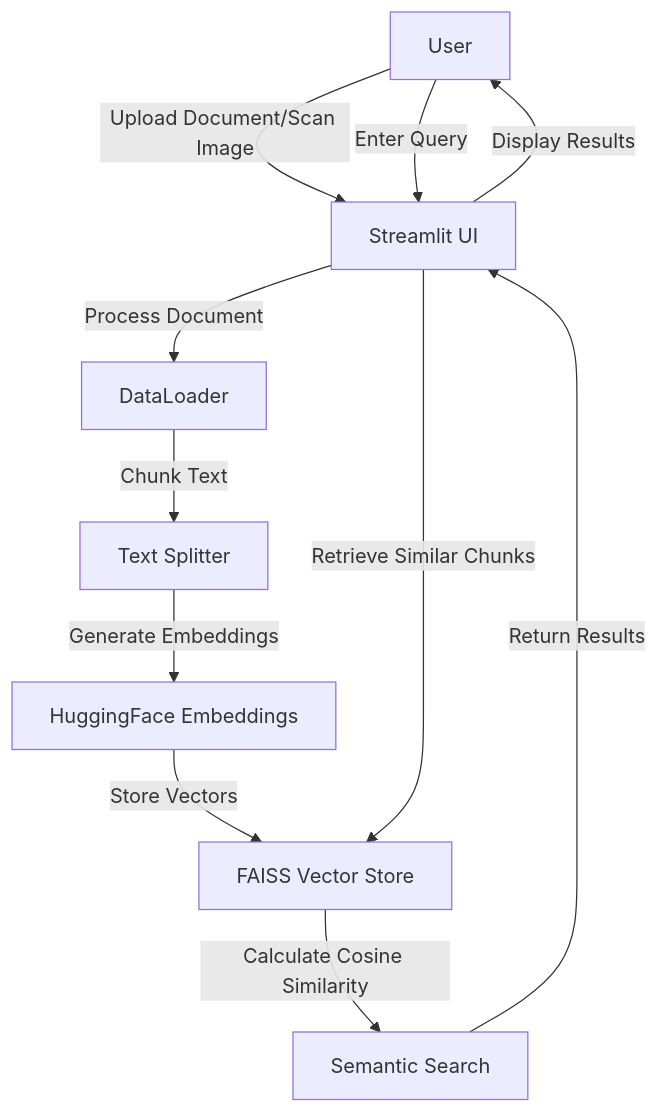
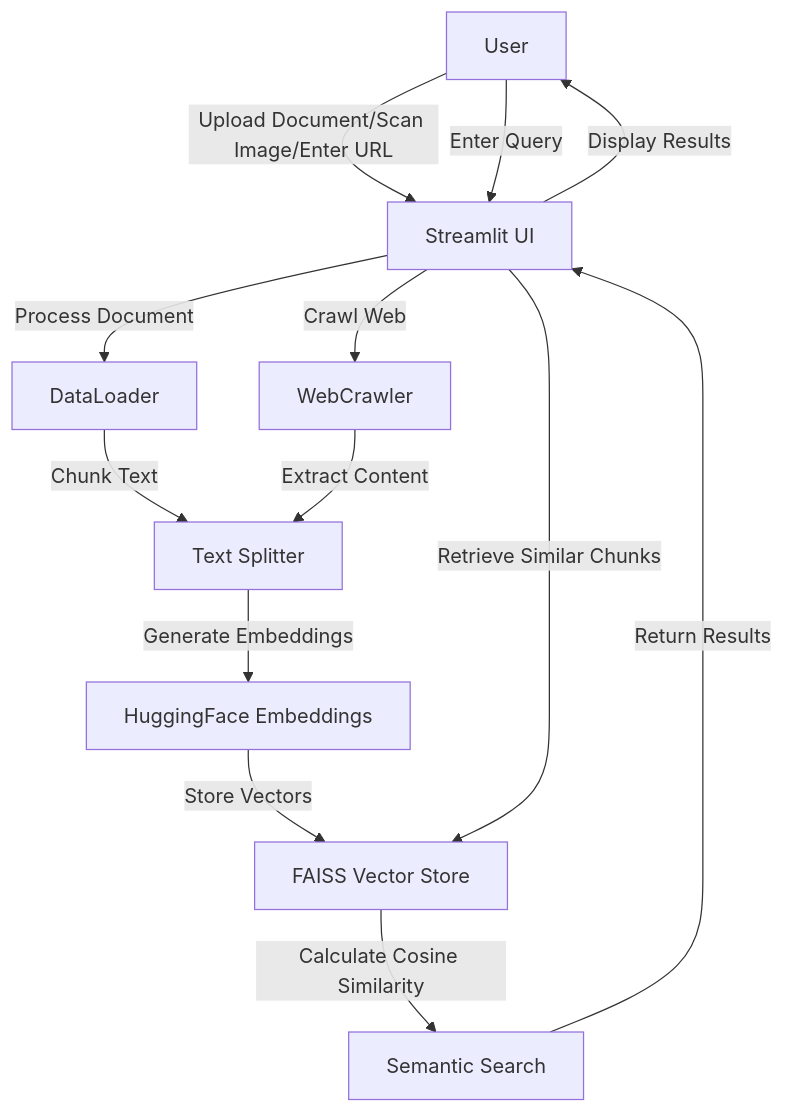
Before and after one commit to FastianAbdullah/Semantic-Search-Without-LLM: the diagram in README.md, drawn with Mermaid. The commit also changed other lines of this file, not shown here.

````diff
--- a/README.md
+++ b/README.md
@@ -26,14 +27,16 @@
 ```mermaid
+
 graph TD
-    A[User] -->|Upload Document/Scan Image| B[Streamlit UI]
+    A[User] -->|Upload Document/Scan Image/Enter URL| B[Streamlit UI]
     B -->|Process Document| C[DataLoader]
+    B -->|Crawl Web| H[WebCrawler]
     C -->|Chunk Text| D[Text Splitter]
+    H -->|Extract Content| D
     D -->|Generate Embeddings| E[HuggingFace Embeddings]
     E -->|Store Vectors| F[FAISS Vector Store]
     A -->|Enter Query| B
     B -->|Retrieve Similar Chunks| F
     F -->|Calculate Cosine Similarity| G[Semantic Search]
     G -->|Return Results| B
     B -->|Display Results| A
-
 ```
````
